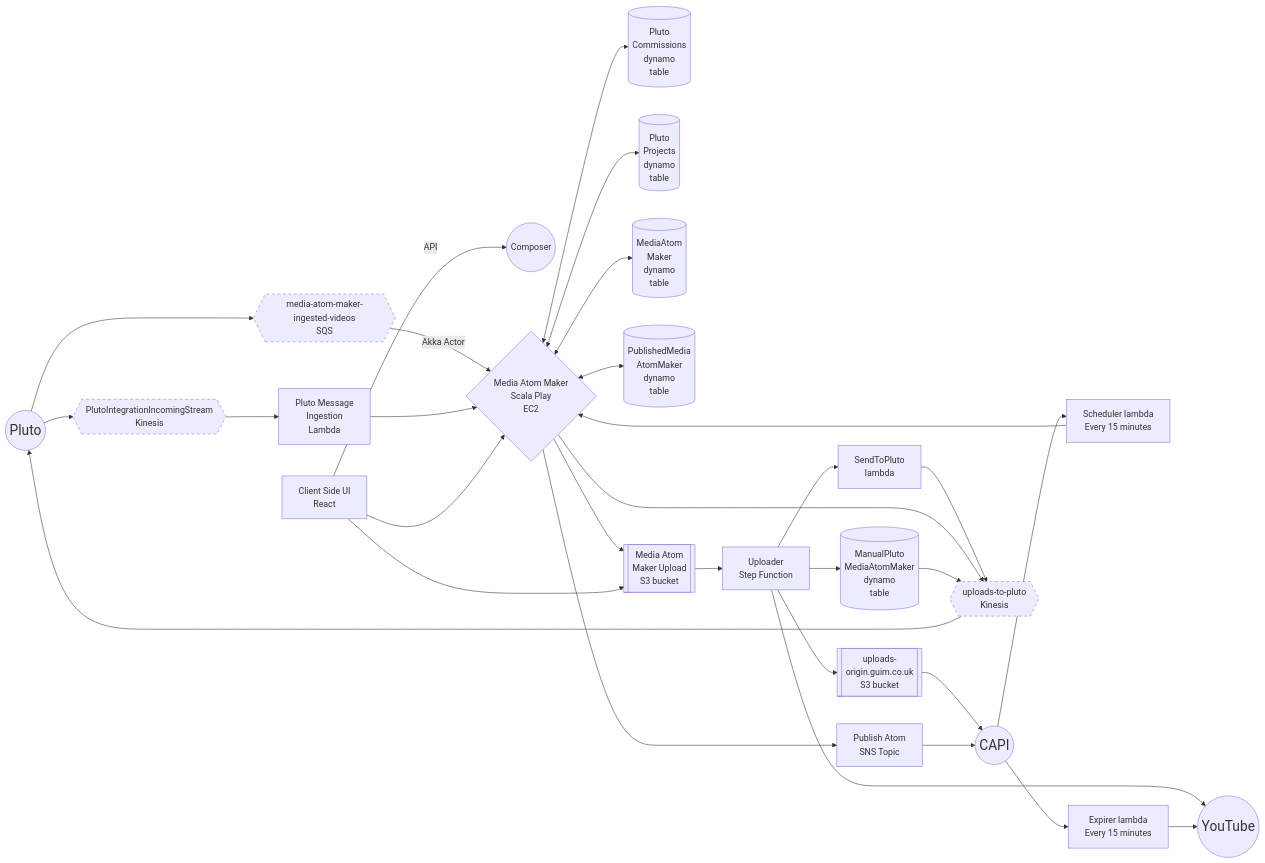
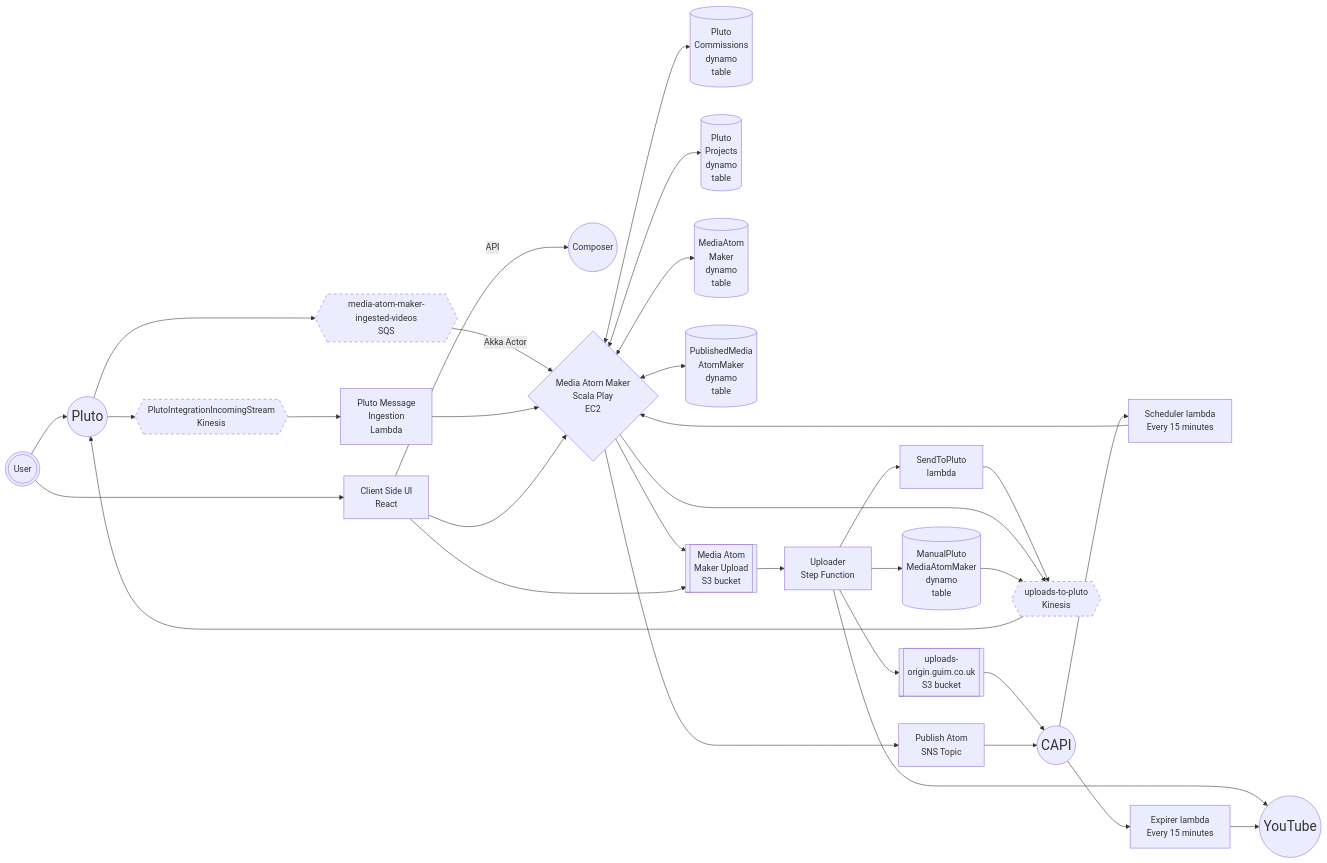
The diagram in docs/10-architecture.md (guardian/media-atom-maker), drawn with Mermaid before and after one commit.

Commit message:
Adds user entity to MAM architecture diagram

````diff
--- a/docs/10-architecture.md
+++ b/docs/10-architecture.md
@@ -5,45 +5,48 @@
 ```mermaid
 graph LR
     Pluto((Pluto)):::External
     YouTube((YouTube)):::External
     CAPI((CAPI)):::External
     Composer((Composer))
     uploads-to-pluto{{uploads-to-pluto<br/>Kinesis}}:::Stream
     media-atom-maker-ingested-videos{{media-atom-maker-ingested-videos<br/>SQS}}:::Stream
     PlutoIntegrationIncomingStream{{PlutoIntegrationIncomingStream<br/>Kinesis}}:::Stream
     uploads-to-pluto --> Pluto
     Pluto --> media-atom-maker-ingested-videos
     Pluto --> PlutoIntegrationIncomingStream
     SendToPluto[SendToPluto<br/>lambda] --> uploads-to-pluto
     media-atom-maker-ingested-videos -->|Akka Actor| MediaAtomMaker{Media Atom Maker<br/>Scala Play<br/>EC2}
     PlutoIntegrationIncomingStream --> PlutoMessage[Pluto Message<br/>Ingestion<br/>Lambda]
     PlutoMessage --> MediaAtomMaker
     MediaAtomMaker <--> PlutoCommissions[(Pluto<br/>Commissions<br/>dynamo<br/>table)]
     MediaAtomMaker <--> PlutoProjects[(Pluto<br/>Projects<br/>dynamo<br/>table)]
     MediaAtomMaker <--> MediaAtomMakerProd[(MediaAtom<br/>Maker<br/>dynamo<br/>table)]
     MediaAtomMaker <--> PublishedMedia[(PublishedMedia<br/>AtomMaker<br/>dynamo<br/>table)]
     MediaAtomMaker --> MediaAtomMakerUpload[[Media Atom<br/>Maker Upload<br/>S3 bucket]]
     MediaAtomMaker --> uploads-to-pluto
+    User(((User)))
+    User --> ClientSide
+    User --> Pluto
     ClientSide[Client Side UI<br/>React<br/>]
     ClientSide --> MediaAtomMaker
     ClientSide --> MediaAtomMakerUpload
     ClientSide -->|API| Composer
     MediaAtomMakerUpload --> Uploader
     Uploader[Uploader<br/>Step Function]
     Uploader --> SendToPluto
     Uploader --> YouTube
     Uploader --> UploadsOrigin[[uploads-<br/>origin.guim.co.uk<br/>S3 bucket]]
     Uploader --> ManualPluto[(ManualPluto<br/>MediaAtomMaker<br/>dynamo<br/>table)]
     ManualPluto --> uploads-to-pluto
     UploadsOrigin --> CAPI
     MediaAtomMaker --> PublishAtom[Publish Atom<br/>SNS Topic]
     Scheduler[Scheduler lambda<br/>Every 15 minutes]
     Scheduler --> MediaAtomMaker
     CAPI --> Scheduler
     PublishAtom --> CAPI
     Expirer[Expirer lambda<br/>Every 15 minutes]
     CAPI --> Expirer
     Expirer --> YouTube
     classDef External padding: 50px, width: 200px, font-size: 25px
     classDef Stream stroke-dasharray: 5 5
 ```
````
